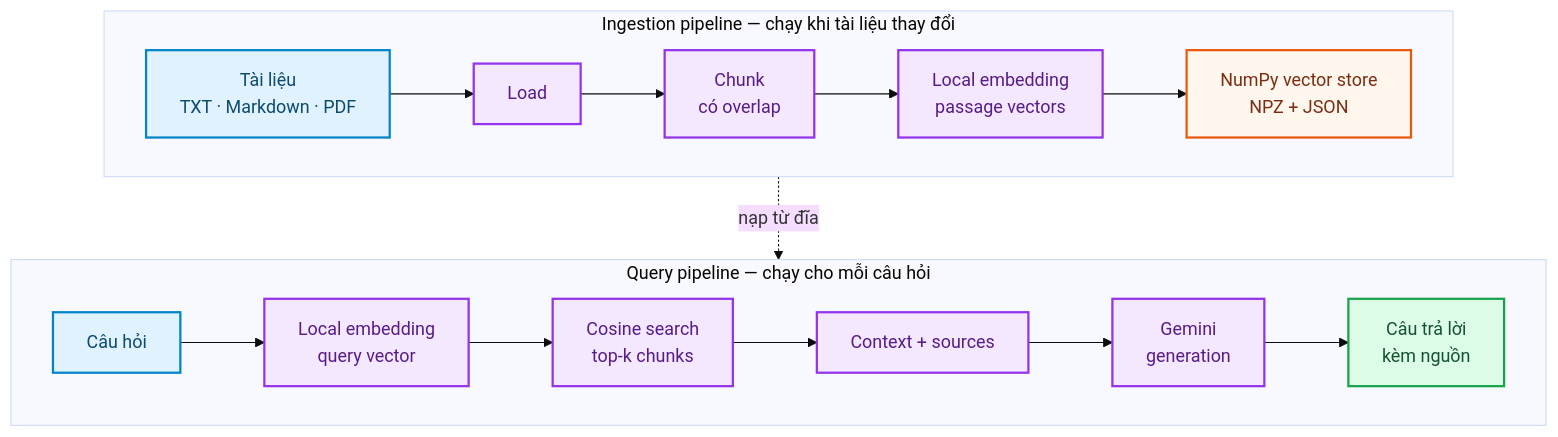
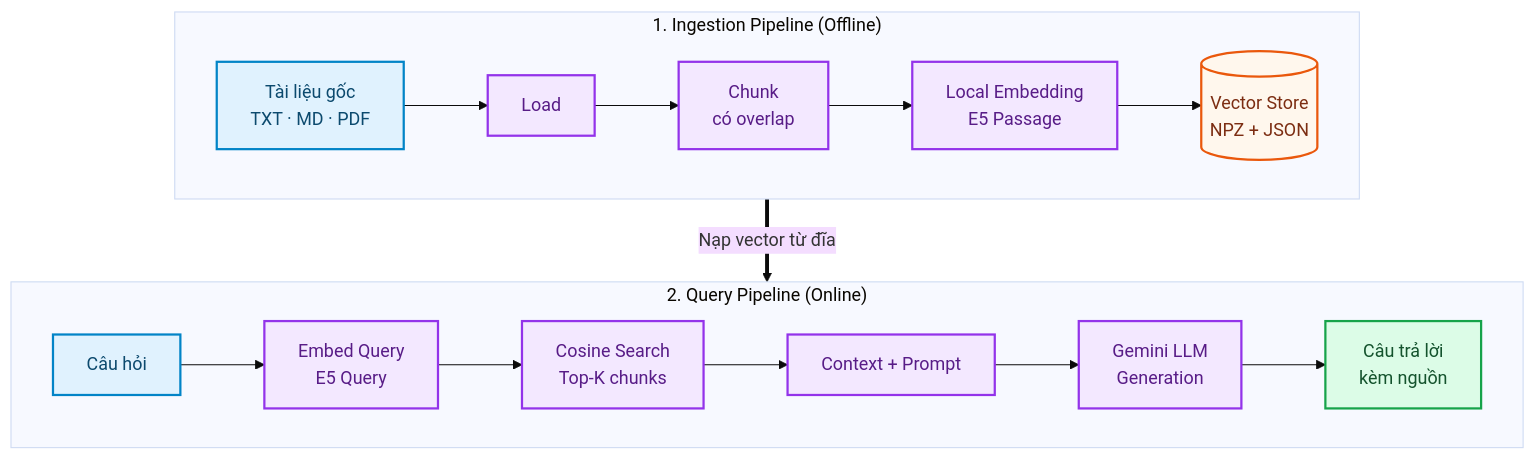
One commit to QuocTien004/RAG-from-zero changed the first of 3 diagrams in README.md. Above: the diagram before and after it, drawn with Mermaid (base theme). The commit also changed other lines of this file, not shown here.

Commit message:
fix(docs): fix Mermaid diagram text overlap and update references section

````diff
--- a/README.md
+++ b/README.md
@@ -34,30 +34,30 @@
 ```mermaid
-flowchart TB
-    subgraph OFFLINE["Ingestion pipeline — chạy khi tài liệu thay đổi"]
+flowchart TD
+    subgraph OFFLINE["1. Ingestion Pipeline (Offline)"]
         direction LR
-        RAW["Tài liệu<br/>TXT · Markdown · PDF"] --> LOAD["Load"]
+        RAW["Tài liệu gốc<br/>TXT · MD · PDF"] --> LOAD["Load"]
         LOAD --> CHUNK["Chunk<br/>có overlap"]
-        CHUNK --> DOCEMBED["Local embedding<br/>passage vectors"]
-        DOCEMBED --> STORE["NumPy vector store<br/>NPZ + JSON"]
+        CHUNK --> DOCEMBED["Local Embedding<br/>E5 Passage"]
+        DOCEMBED --> STORE[("Vector Store<br/>NPZ + JSON")]
     end
 
-    subgraph ONLINE["Query pipeline — chạy cho mỗi câu hỏi"]
+    subgraph ONLINE["2. Query Pipeline (Online)"]
         direction LR
-        QUESTION["Câu hỏi"] --> QEMBED["Local embedding<br/>query vector"]
-        QEMBED --> RETRIEVE["Cosine search<br/>top-k chunks"]
-        RETRIEVE --> CONTEXT["Context + sources"]
-        CONTEXT --> GEMINI["Gemini<br/>generation"]
+        QUESTION["Câu hỏi"] --> QEMBED["Embed Query<br/>E5 Query"]
+        QEMBED --> RETRIEVE["Cosine Search<br/>Top-K chunks"]
+        RETRIEVE --> CONTEXT["Context + Prompt"]
+        CONTEXT --> GEMINI["Gemini LLM<br/>Generation"]
         GEMINI --> ANSWER["Câu trả lời<br/>kèm nguồn"]
     end
 
-    STORE -. nạp từ đĩa .-> RETRIEVE
+    STORE ==>|Nạp vector từ đĩa| RETRIEVE
 
     classDef input fill:#E0F2FE,stroke:#0284C7,color:#0C4A6E,stroke-width:2px;
     classDef process fill:#F3E8FF,stroke:#9333EA,color:#581C87,stroke-width:2px;
     classDef storage fill:#FFF7ED,stroke:#EA580C,color:#7C2D12,stroke-width:2px;
     classDef output fill:#DCFCE7,stroke:#16A34A,color:#14532D,stroke-width:2px;
     class RAW,QUESTION input;
     class LOAD,CHUNK,DOCEMBED,QEMBED,RETRIEVE,CONTEXT,GEMINI process;
     class STORE storage;
     class ANSWER output;
 ```
````
